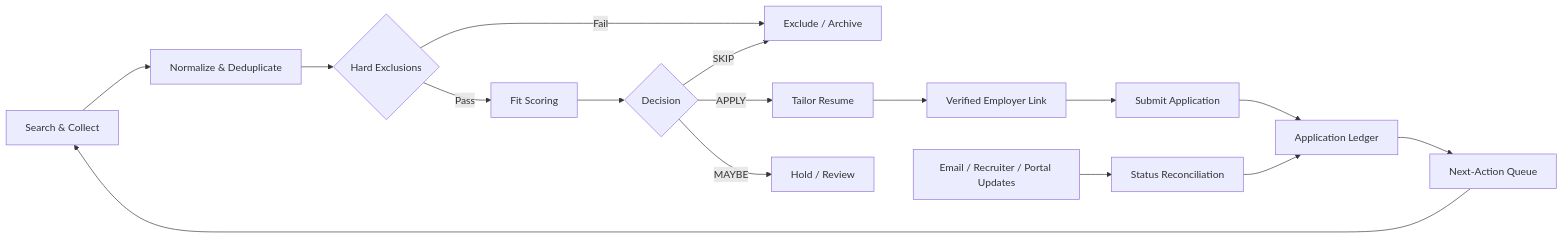
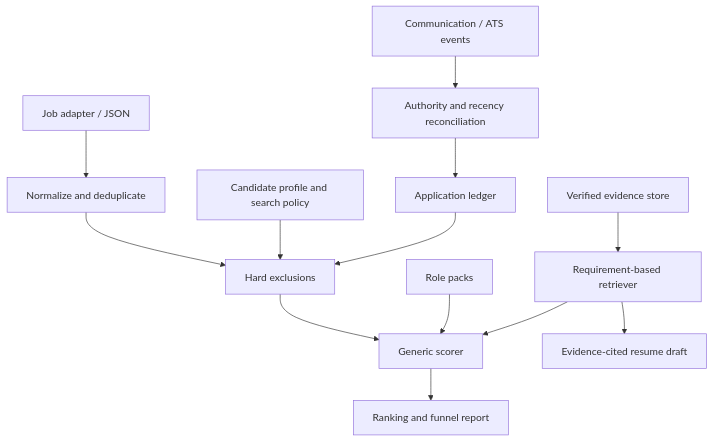
One commit to colbye03/CareerOps-Agent changed the diagram in README.md. Above: the diagram before and after it, drawn with Mermaid. The commit also changed other lines of this file and 44 other files, not shown here.

````diff
--- a/README.md
+++ b/README.md
@@ -31,18 +42,15 @@
 ```mermaid
-flowchart LR
-    A[Search & Collect] --> B[Normalize & Deduplicate]
-    B --> C{Hard Exclusions}
-    C -->|Pass| D[Fit Scoring]
-    C -->|Fail| X[Exclude / Archive]
-    D --> E{Decision}
-    E -->|APPLY| F[Tailor Resume]
-    E -->|MAYBE| G[Hold / Review]
-    E -->|SKIP| X
-    F --> H[Verified Employer Link]
-    H --> I[Submit Application]
-    I --> J[Application Ledger]
-    K[Email / Recruiter / Portal Updates] --> L[Status Reconciliation]
-    L --> J
-    J --> M[Next-Action Queue]
-    M --> A
+flowchart TD
+    J[Job adapter / JSON] --> N[Normalize and deduplicate]
+    N --> H[Hard exclusions]
+    P[Candidate profile and search policy] --> H
+    L[Application ledger] --> H
+    H --> S[Generic scorer]
+    R[Role packs] --> S
+    E[Verified evidence store] --> Q[Requirement-based retriever]
+    Q --> S
+    S --> F[Ranking and funnel report]
+    Q --> T[Evidence-cited resume draft]
+    C[Communication / ATS events] --> X[Authority and recency reconciliation]
+    X --> L
 ```
````
